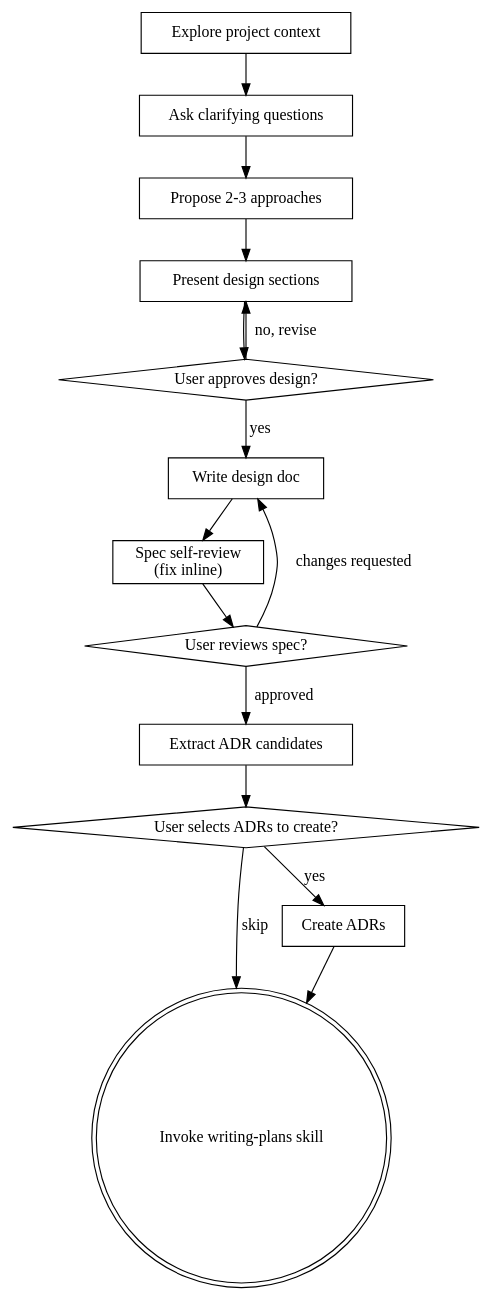
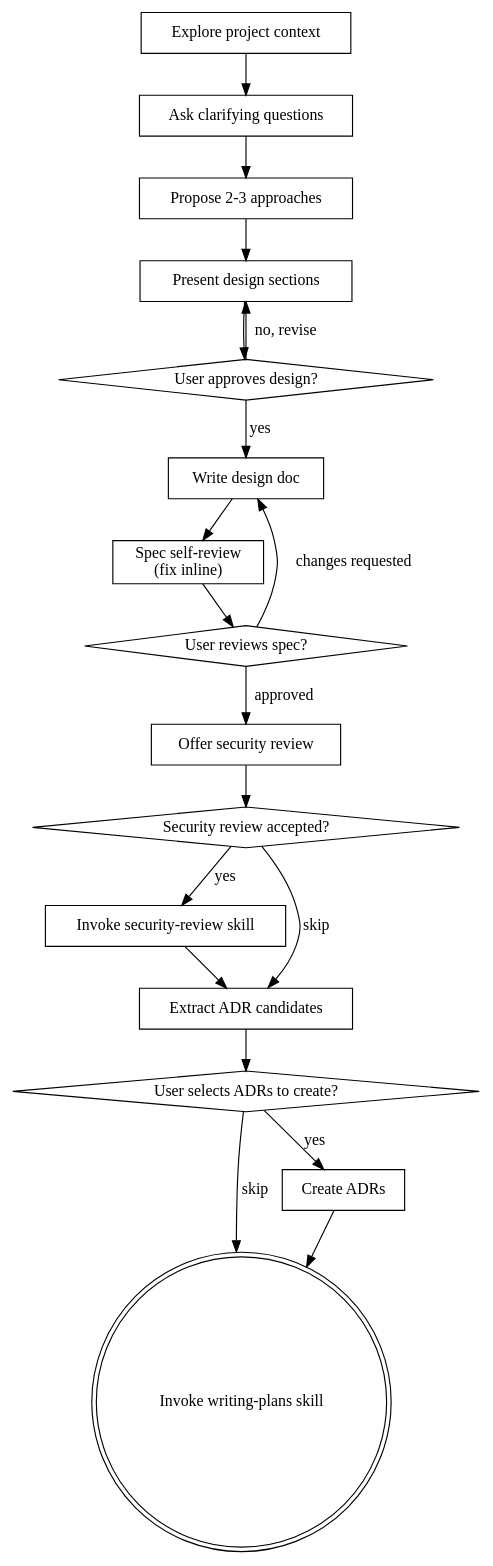
One commit to dgdev25/superpowers changed the diagram in skills/brainstorming/SKILL.md. Above: the diagram before and after it, drawn with Graphviz. The commit also changed other lines of this file and 4 other files, not shown here.

First line of the commit message:
feat: add refactoring, session-resume, and security-review skills

````diff
--- a/skills/brainstorming/SKILL.md
+++ b/skills/brainstorming/SKILL.md
@@ -37,31 +38,38 @@
 ```dot
 digraph brainstorming {
     "Explore project context" [shape=box];
     "Ask clarifying questions" [shape=box];
     "Propose 2-3 approaches" [shape=box];
     "Present design sections" [shape=box];
     "User approves design?" [shape=diamond];
     "Write design doc" [shape=box];
     "Spec self-review\n(fix inline)" [shape=box];
     "User reviews spec?" [shape=diamond];
     "Invoke writing-plans skill" [shape=doublecircle];
 
     "Explore project context" -> "Ask clarifying questions";
     "Ask clarifying questions" -> "Propose 2-3 approaches";
     "Propose 2-3 approaches" -> "Present design sections";
     "Present design sections" -> "User approves design?";
     "User approves design?" -> "Present design sections" [label="no, revise"];
     "User approves design?" -> "Write design doc" [label="yes"];
     "Write design doc" -> "Spec self-review\n(fix inline)";
     "Spec self-review\n(fix inline)" -> "User reviews spec?";
     "User reviews spec?" -> "Write design doc" [label="changes requested"];
-    "User reviews spec?" -> "Extract ADR candidates" [label="approved"];
+    "User reviews spec?" -> "Offer security review" [label="approved"];
+    "Offer security review" [shape=box];
+    "Security review accepted?" [shape=diamond];
+    "Invoke security-review skill" [shape=box];
     "Extract ADR candidates" [shape=box];
     "User selects ADRs to create?" [shape=diamond];
     "Create ADRs" [shape=box];
+    "Offer security review" -> "Security review accepted?";
+    "Security review accepted?" -> "Invoke security-review skill" [label="yes"];
+    "Security review accepted?" -> "Extract ADR candidates" [label="skip"];
+    "Invoke security-review skill" -> "Extract ADR candidates";
     "Extract ADR candidates" -> "User selects ADRs to create?";
     "User selects ADRs to create?" -> "Create ADRs" [label="yes"];
     "User selects ADRs to create?" -> "Invoke writing-plans skill" [label="skip"];
     "Create ADRs" -> "Invoke writing-plans skill";
 }
 ```
````
